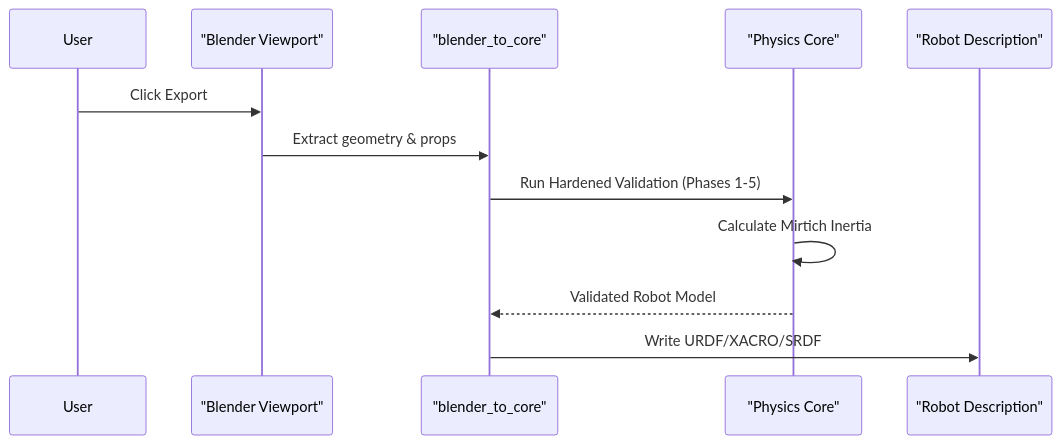
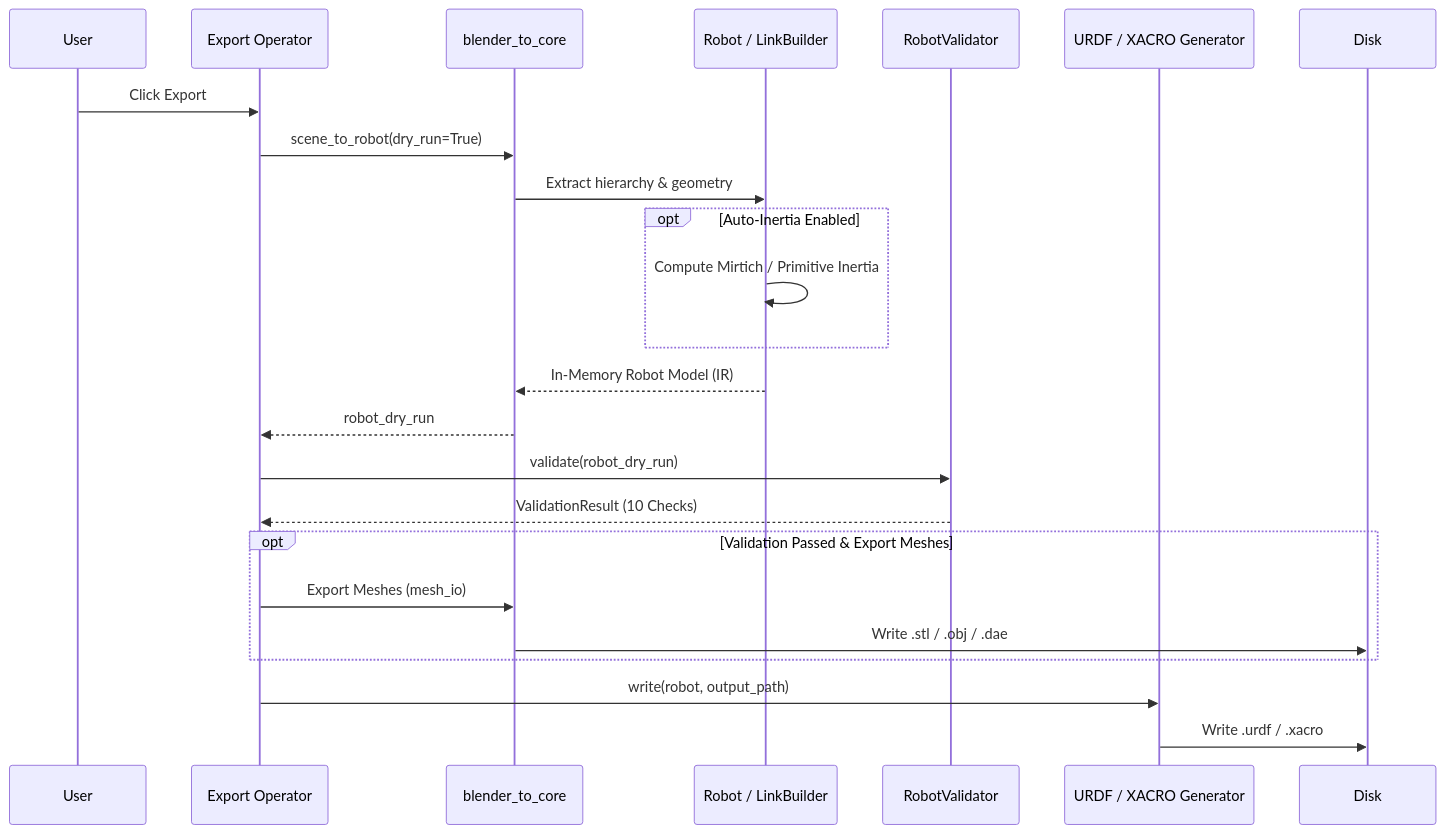
The fourth of 4 diagrams in ARCHITECTURE.md (arounamounchili/linkforge), drawn with Mermaid before and after one commit. The commit also changed other lines of this file and 48 other files, not shown here.

````diff
--- a/ARCHITECTURE.md
+++ b/ARCHITECTURE.md
@@ -51,15 +68,27 @@
 ```mermaid
 sequenceDiagram
     participant User
-    participant Blender as "Blender Viewport"
-    participant Adapter as "blender_to_core"
-    participant Core as "Physics Core"
-    participant File as "Robot Description"
+    participant UI as Export Operator
+    participant Adapter as blender_to_core
+    participant Composer as Robot / LinkBuilder
+    participant Validator as RobotValidator
+    participant Generator as URDF / XACRO Generator
+    participant File as Disk
 
-    User->>Blender: Click Export
-    Blender->>Adapter: Extract geometry & props
-    Adapter->>Core: Run Hardened Validation (Phases 1-5)
-    Core->>Core: Calculate Mirtich Inertia
-    Core-->>Adapter: Validated Robot Model
-    Adapter->>File: Write URDF/XACRO/SRDF
+    User->>UI: Click Export
+    UI->>Adapter: scene_to_robot(dry_run=True)
+    Adapter->>Composer: Extract hierarchy & geometry
+    opt Auto-Inertia Enabled
+        Composer->>Composer: Compute Mirtich / Primitive Inertia
+    end
+    Composer-->>Adapter: In-Memory Robot Model (IR)
+    Adapter-->>UI: robot_dry_run
+    UI->>Validator: validate(robot_dry_run)
+    Validator-->>UI: ValidationResult (10 Checks)
+    opt Validation Passed & Export Meshes
+        UI->>Adapter: Export Meshes (mesh_io)
+        Adapter->>File: Write .stl / .obj / .dae
+    end
+    UI->>Generator: write(robot, output_path)
+    Generator->>File: Write .urdf / .xacro
 ```
````
